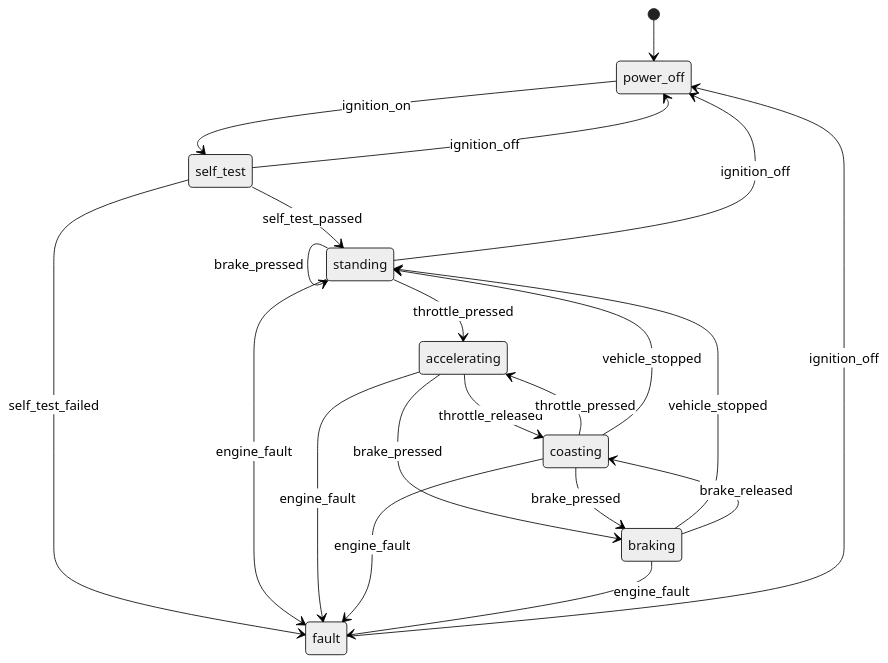
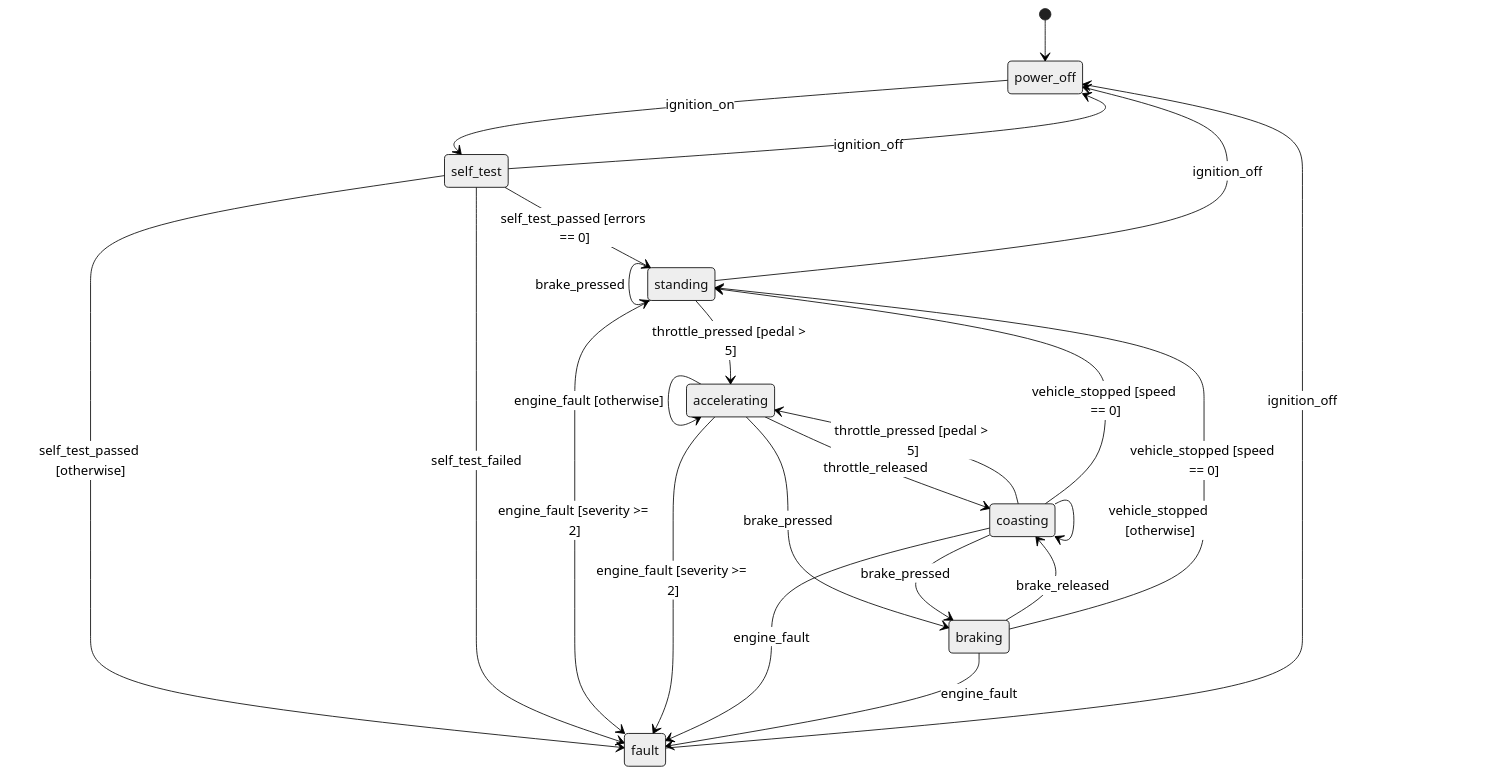
The diagram in README.md (subtilitas/fms-yaml), drawn with Mermaid (neutral theme) before and after one commit. The commit also changed other lines of this file and 14 other files, not shown here.

````diff
--- a/README.md
+++ b/README.md
@@ -127,23 +196,29 @@
 ```mermaid
 stateDiagram-v2
     [*] --> power_off
     power_off --> self_test: ignition_on
-    self_test --> standing: self_test_passed
+    self_test --> power_off: ignition_off
+    self_test --> standing: self_test_passed [errors == 0]
+    self_test --> fault: self_test_passed [otherwise]
     self_test --> fault: self_test_failed
-    self_test --> power_off: ignition_off
-    standing --> accelerating: throttle_pressed
+    standing --> power_off: ignition_off
+    standing --> accelerating: throttle_pressed [pedal #gt; 5]
+    standing --> standing: throttle_pressed [otherwise]
+    standing --> fault: engine_fault [severity #gt;= 2]
+    standing --> standing: engine_fault [otherwise]
     standing --> standing: brake_pressed
-    standing --> fault: engine_fault
-    standing --> power_off: ignition_off
     accelerating --> coasting: throttle_released
+    accelerating --> fault: engine_fault [severity #gt;= 2]
+    accelerating --> accelerating: engine_fault [otherwise]
     accelerating --> braking: brake_pressed
-    accelerating --> fault: engine_fault
-    coasting --> accelerating: throttle_pressed
+    coasting --> accelerating: throttle_pressed [pedal #gt; 5]
+    coasting --> coasting: throttle_pressed [otherwise]
+    coasting --> fault: engine_fault
     coasting --> braking: brake_pressed
-    coasting --> standing: vehicle_stopped
-    coasting --> fault: engine_fault
-    braking --> standing: vehicle_stopped
+    coasting --> standing: vehicle_stopped [speed == 0]
+    coasting --> coasting: vehicle_stopped [otherwise]
+    braking --> fault: engine_fault
     braking --> coasting: brake_released
-    braking --> fault: engine_fault
+    braking --> standing: vehicle_stopped [speed == 0]
     fault --> power_off: ignition_off
 ```
````
